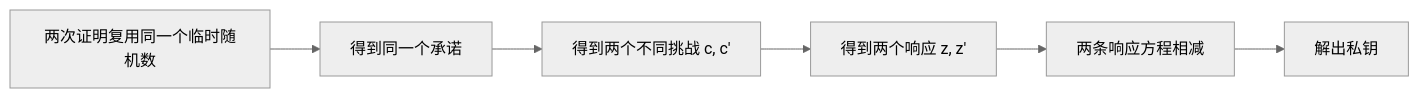
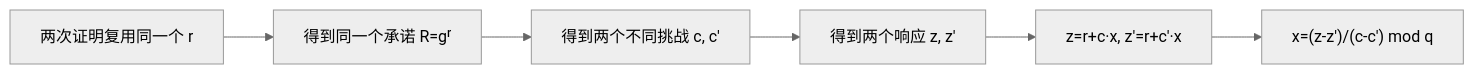
The fourth of 21 diagrams in 大三下/密码协议/密码协议期末复习-Obsidian视觉版.md (22mouseok-crypto/obsidian-vault), drawn with Mermaid (neutral theme) before and after one commit. The commit also changed other lines of this file, not shown here.

````diff
--- a/大三下/密码协议/密码协议期末复习-Obsidian视觉版.md
+++ b/大三下/密码协议/密码协议期末复习-Obsidian视觉版.md
@@ -199,8 +199,8 @@
 ```mermaid
 flowchart LR
-    A[两次证明复用同一个临时随机数] --> B[得到同一个承诺]
+    A[两次证明复用同一个 r] --> B[得到同一个承诺 R=gʳ]
     B --> C[得到两个不同挑战 c, c']
     C --> D[得到两个响应 z, z']
-    D --> E[两条响应方程相减]
-    E --> F[解出私钥]
+    D --> E["z=r+c·x, z'=r+c'·x"]
+    E --> F["x=(z-z')/(c-c') mod q"]
 ```
````
